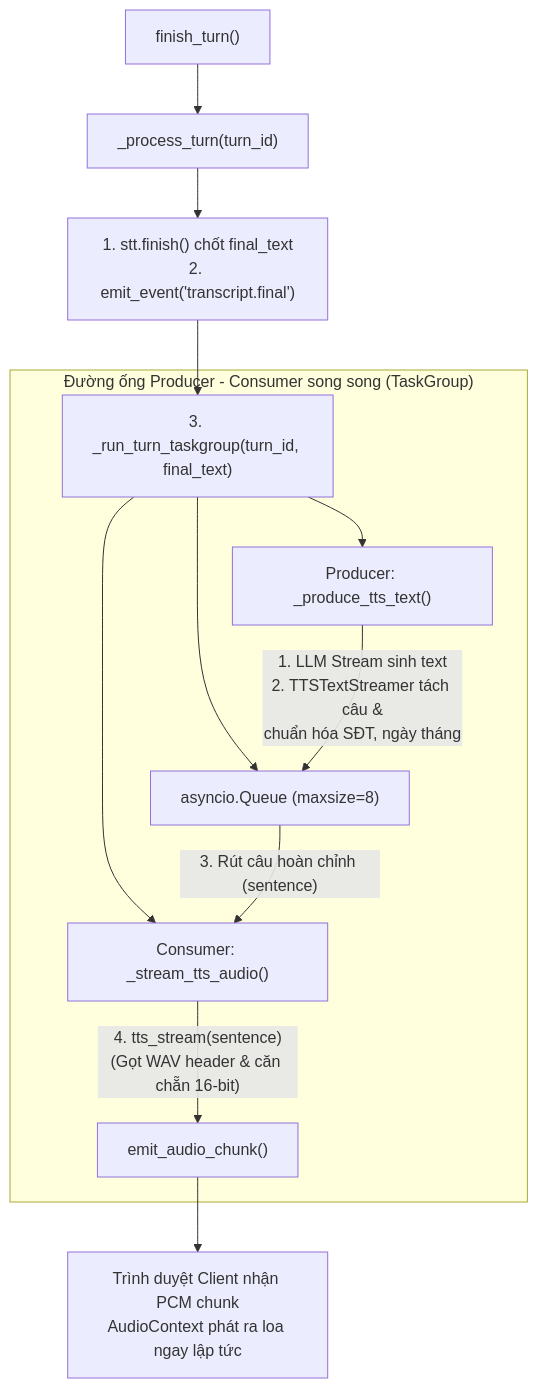
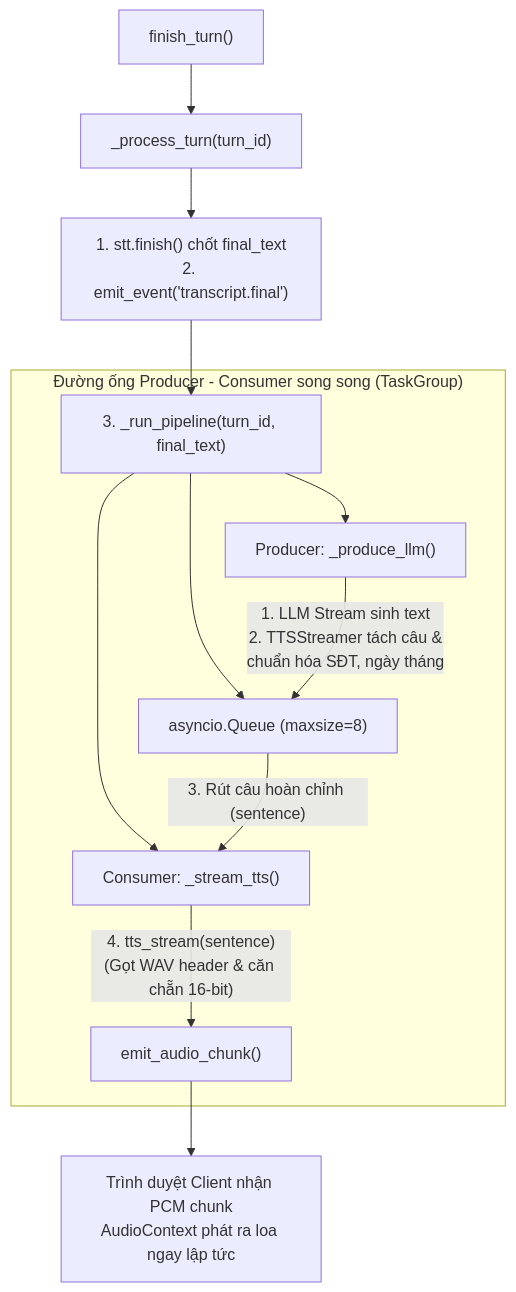
The fifth of 5 diagrams in docs/01_architecture.md (dinhhthanhh/voicebot), drawn with Mermaid before and after one commit. The commit also changed other lines of this file and 15 other files, not shown here.

First line of the commit message:
Refactor backend/frontend architecture, fix edge cases, and sync docs/tests

````diff
--- a/docs/01_architecture.md
+++ b/docs/01_architecture.md
@@ -140,18 +140,18 @@
 ``` mermaid
 flowchart TD
     FT["finish_turn()"] --> PT["_process_turn(turn_id)"]
     PT --> STTFinish["1. stt.finish() chốt final_text\n2. emit_event('transcript.final')"]
-    STTFinish --> TG["3. _run_turn_taskgroup(turn_id, final_text)"]
+    STTFinish --> TG["3. _run_pipeline(turn_id, final_text)"]
 
     subgraph Pipeline["Đường ống Producer - Consumer song song (TaskGroup)"]
         TG --> Q["asyncio.Queue (maxsize=8)"]
-        TG --> Producer["Producer: _produce_tts_text()"]
-        TG --> Consumer["Consumer: _stream_tts_audio()"]
+        TG --> Producer["Producer: _produce_llm()"]
+        TG --> Consumer["Consumer: _stream_tts()"]
 
-        Producer -- "1. LLM Stream sinh text\n2. TTSTextStreamer tách câu &\nchuẩn hóa SĐT, ngày tháng" --> Q
+        Producer -- "1. LLM Stream sinh text\n2. TTSStreamer tách câu &\nchuẩn hóa SĐT, ngày tháng" --> Q
         Q -- "3. Rút câu hoàn chỉnh (sentence)" --> Consumer
         Consumer -- "4. tts_stream(sentence)\n(Gọt WAV header & căn chẵn 16-bit)" --> EmitChunk["emit_audio_chunk()"]
     end
 
     EmitChunk --> Play["Trình duyệt Client nhận PCM chunk\nAudioContext phát ra loa ngay lập tức"]
 ```
````
